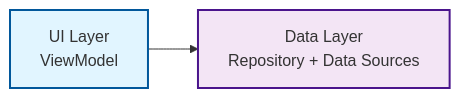
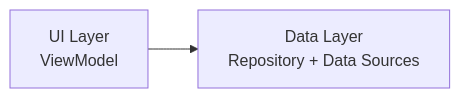
Before and after one commit to atick-faisal/Jetpack-Android-Starter: the first of 3 diagrams in docs/faq.md, drawn with Mermaid. The commit also changed other lines of this file and 31 other files, not shown here.

````diff
--- a/docs/faq.md
+++ b/docs/faq.md
@@ -29,6 +29,4 @@
 ```mermaid
 graph LR
     UI[UI Layer<br/>ViewModel] --> Data[Data Layer<br/>Repository + Data Sources]
-    style UI fill: #e1f5ff, stroke: #01579b, stroke-width: 2px
-    style Data fill: #f3e5f5, stroke: #4a148c, stroke-width: 2px
 ```
````
